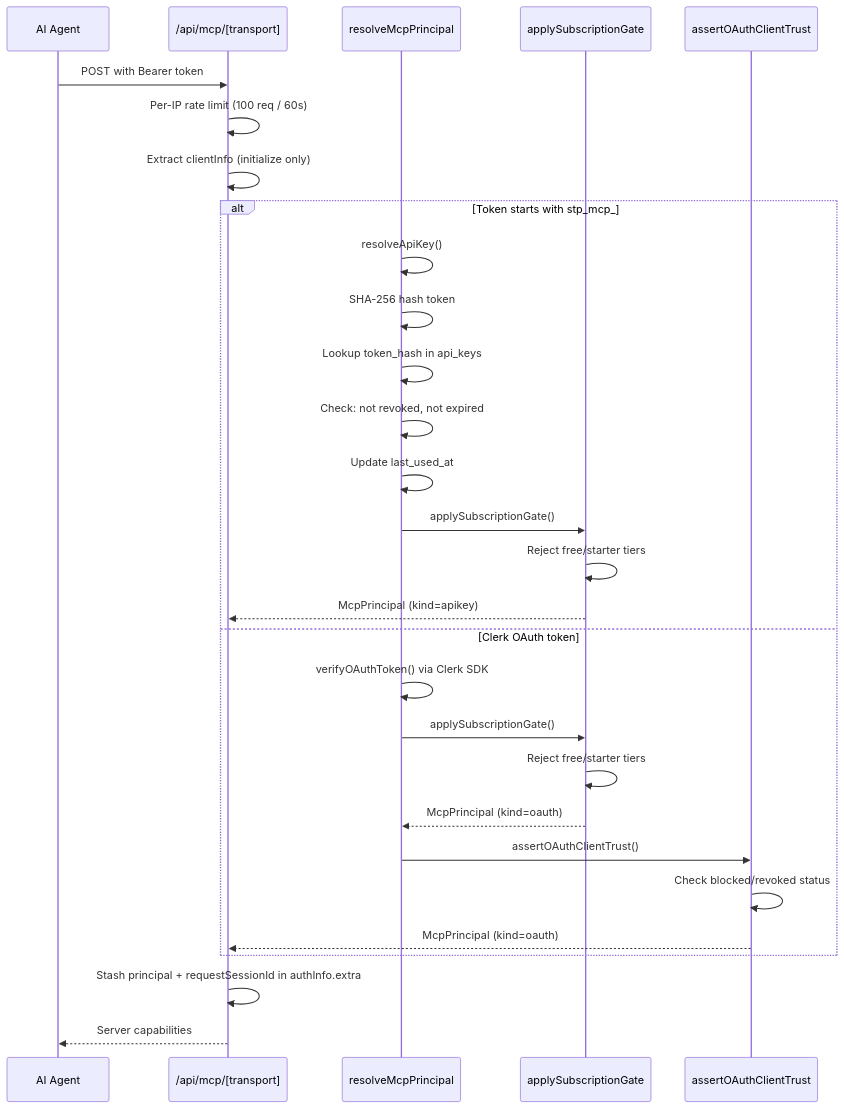
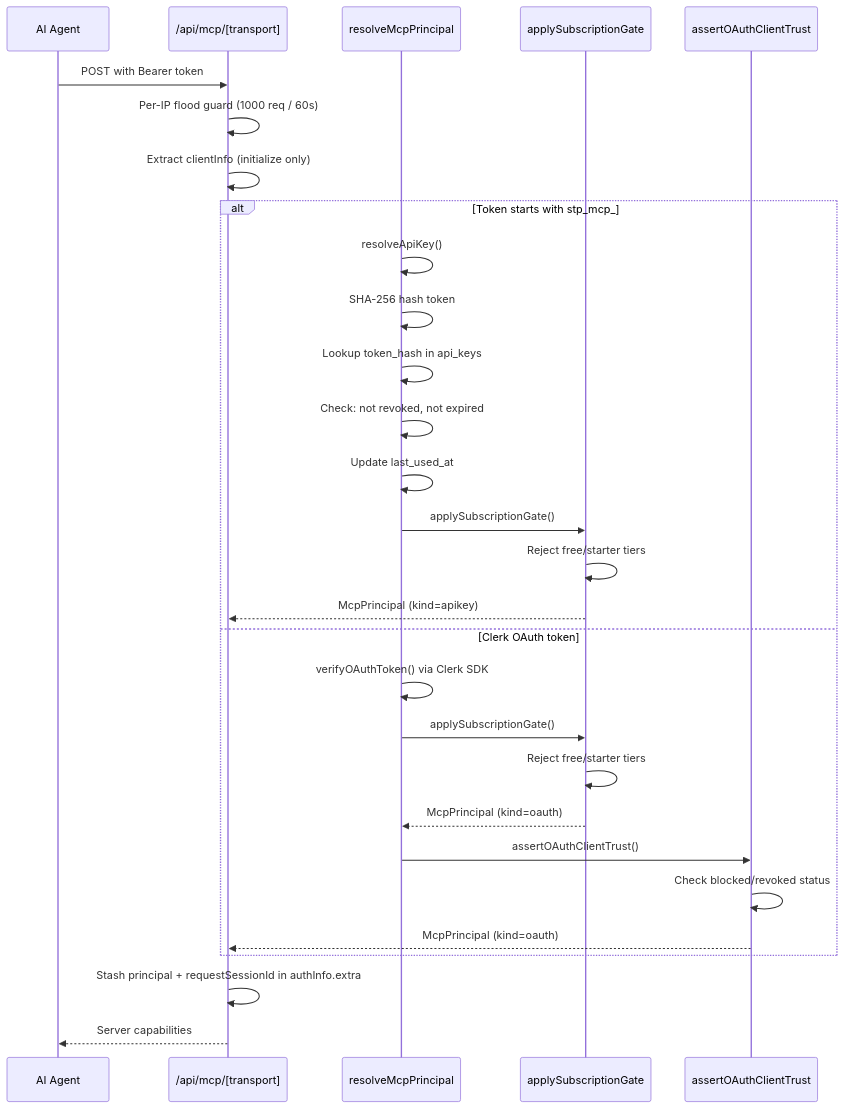
The first of 2 diagrams in docs/MCP.md (Andy00L/sharetopus), drawn with Mermaid before and after one commit. The commit also changed other lines of this file and 7 other files, not shown here.

````diff
--- a/docs/MCP.md
+++ b/docs/MCP.md
@@ -41,34 +41,34 @@
 ```mermaid
 sequenceDiagram
     participant Agent as AI Agent
     participant Route as /api/mcp/[transport]
     participant Auth as resolveMcpPrincipal
     participant Gate as applySubscriptionGate
     participant Trust as assertOAuthClientTrust
 
     Agent->>Route: POST with Bearer token
-    Route->>Route: Per-IP rate limit (100 req / 60s)
+    Route->>Route: Per-IP flood guard (1000 req / 60s)
     Route->>Route: Extract clientInfo (initialize only)
 
     alt Token starts with stp_mcp_
         Auth->>Auth: resolveApiKey()
         Auth->>Auth: SHA-256 hash token
         Auth->>Auth: Lookup token_hash in api_keys
         Auth->>Auth: Check: not revoked, not expired
         Auth->>Auth: Update last_used_at
         Auth->>Gate: applySubscriptionGate()
         Gate->>Gate: Reject free/starter tiers
         Gate-->>Route: McpPrincipal (kind=apikey)
     else Clerk OAuth token
         Auth->>Auth: verifyOAuthToken() via Clerk SDK
         Auth->>Gate: applySubscriptionGate()
         Gate->>Gate: Reject free/starter tiers
         Gate-->>Auth: McpPrincipal (kind=oauth)
         Auth->>Trust: assertOAuthClientTrust()
         Trust->>Trust: Check blocked/revoked status
         Trust-->>Route: McpPrincipal (kind=oauth)
     end
 
     Route->>Route: Stash principal + requestSessionId in authInfo.extra
     Route-->>Agent: Server capabilities
 ```
````
